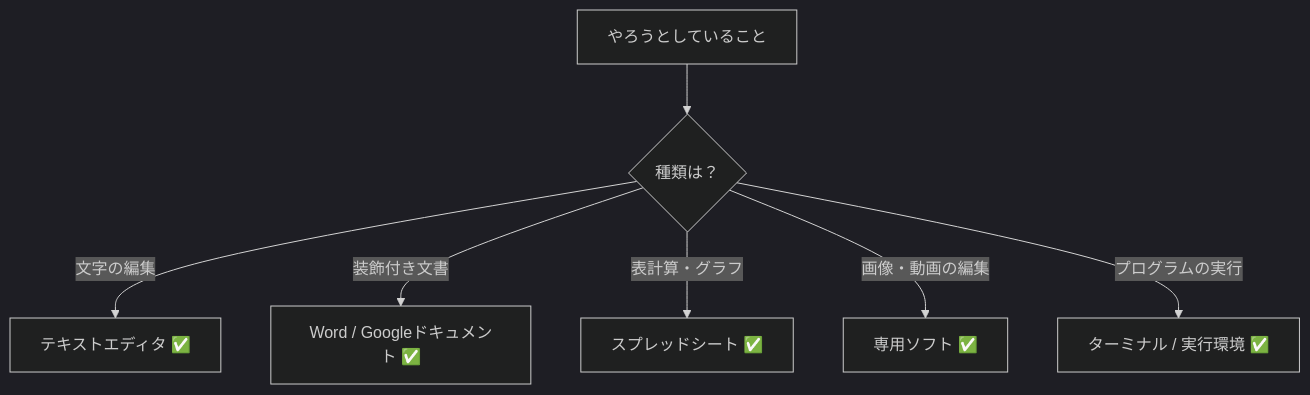
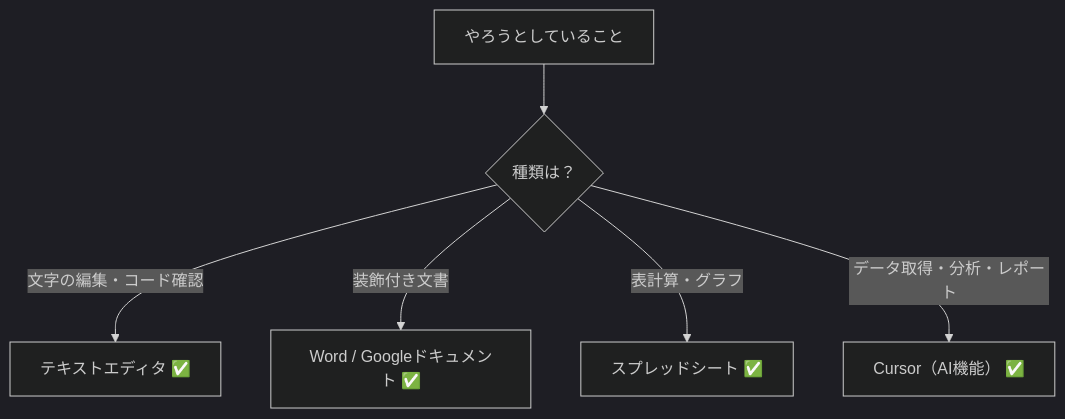
The second of 2 diagrams in cursor-tutorial/02_必須_できることとできないこと.md (Monzi-takuya/web-fundamentals-for-non-engineers), drawn with Mermaid (dark theme) before and after one commit. The commit also changed other lines of this file and 4 other files, not shown here.

````diff
--- a/cursor-tutorial/02_必須_できることとできないこと.md
+++ b/cursor-tutorial/02_必須_できることとできないこと.md
@@ -144,9 +247,8 @@
 ```mermaid
 flowchart TD
     A["やろうとしていること"] --> B{"種類は？"}
-    B -->|"文字の編集"| C["テキストエディタ ✅"]
+    B -->|"文字の編集・コード確認"| C["テキストエディタ ✅"]
     B -->|"装飾付き文書"| D["Word / Googleドキュメント ✅"]
     B -->|"表計算・グラフ"| E["スプレッドシート ✅"]
-    B -->|"画像・動画の編集"| F["専用ソフト ✅"]
-    B -->|"プログラムの実行"| G["ターミナル / 実行環境 ✅"]
+    B -->|"データ取得・分析・レポート"| F["Cursor（AI機能） ✅"]
 ```
````
